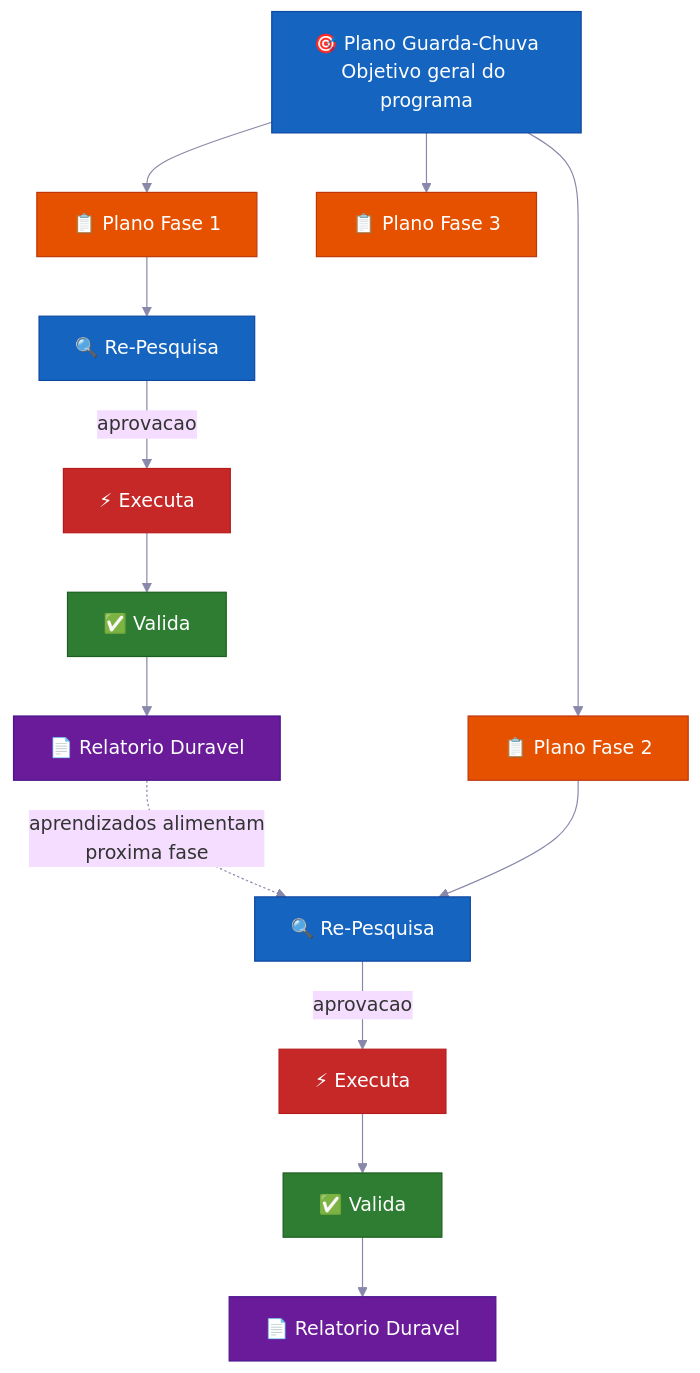
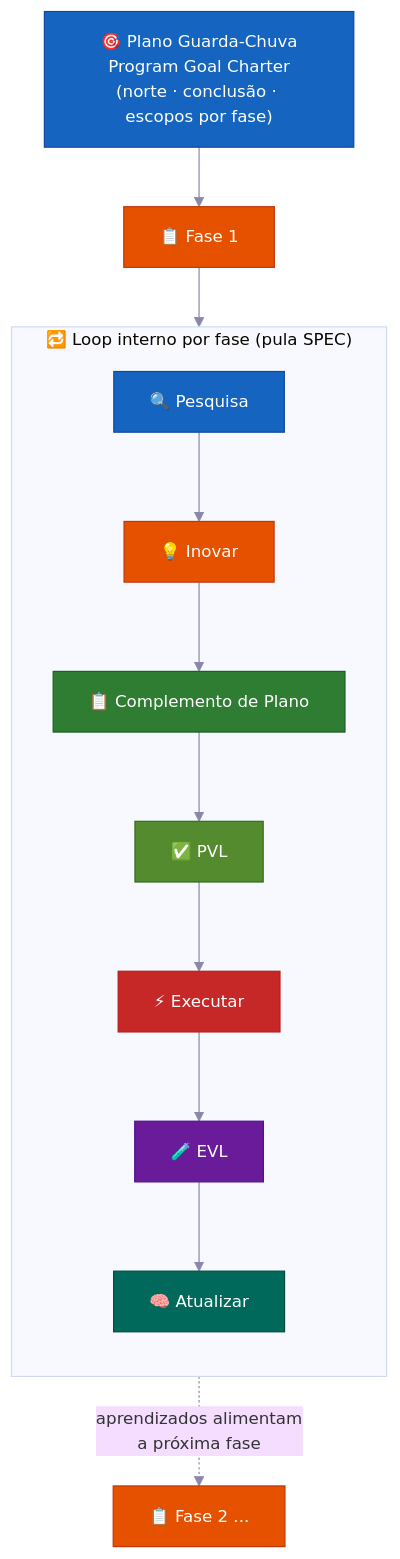
One commit to Erlangga15/vibecode-pro-max-kit changed diagram 12 of 14 in docs/i18n/README.pt-BR.md. Above: the diagram before and after it, drawn with Mermaid. The commit also changed other lines of this file and 43 other files, not shown here.

````diff
--- a/docs/i18n/README.pt-BR.md
+++ b/docs/i18n/README.pt-BR.md
@@ -921,46 +1229,33 @@
 ```mermaid
-%%{init: {'theme': 'base', 'themeVariables': {'fontSize': '16px', 'lineColor': '#8888AA'}} }%%
+%%{init: {'theme': 'base', 'themeVariables': {'fontSize': '14px', 'lineColor': '#8888AA'}} }%%
 flowchart TD
-    UP["🎯 Plano Guarda-Chuva\nObjetivo geral do programa"]
-    P1["📋 Plano Fase 1"]
-    P2["📋 Plano Fase 2"]
-    P3["📋 Plano Fase 3"]
+    UP["🎯 Plano Guarda-Chuva\nProgram Goal Charter\n(norte · conclusão · escopos por fase)"]
+    P1["📋 Fase 1"]
+    P2["📋 Fase 2 ..."]
 
-    R1["🔍 Re-Pesquisa"]
-    E1["⚡ Executa"]
-    V1["✅ Valida"]
-    RP1["📄 Relatorio Duravel"]
+    subgraph LOOP["🔁 Loop interno por fase (pula SPEC)"]
+        direction TB
+        R["🔍 Pesquisa"]
+        I["💡 Inovar"]
+        PL["📋 Complemento de Plano"]
+        PVL["✅ PVL"]
+        EX["⚡ Executar"]
+        EVL["🧪 EVL"]
+        UPD["🧠 Atualizar"]
+        R --> I --> PL --> PVL --> EX --> EVL --> UPD
+    end
 
-    R2["🔍 Re-Pesquisa"]
-    E2["⚡ Executa"]
-    V2["✅ Valida"]
-    RP2["📄 Relatorio Duravel"]
-
-    UP --> P1
-    UP --> P2
-    UP --> P3
-
-    P1 --> R1
-    R1 -->|"aprovacao"| E1
-    E1 --> V1
-    V1 --> RP1
-    RP1 -.->|"aprendizados alimentam\nproxima fase"| R2
-
-    P2 --> R2
-    R2 -->|"aprovacao"| E2
-    E2 --> V2
-    V2 --> RP2
+    UP --> P1 --> LOOP
+    LOOP -.->|"aprendizados alimentam\na próxima fase"| P2
 
     style UP fill:#1565C0,stroke:#0D47A1,color:#FFFFFF
     style P1 fill:#E65100,stroke:#BF360C,color:#FFFFFF
     style P2 fill:#E65100,stroke:#BF360C,color:#FFFFFF
-    style P3 fill:#E65100,stroke:#BF360C,color:#FFFFFF
-    style R1 fill:#1565C0,stroke:#0D47A1,color:#FFFFFF
-    style E1 fill:#C62828,stroke:#B71C1C,color:#FFFFFF
-    style V1 fill:#2E7D32,stroke:#1B5E20,color:#FFFFFF
-    style RP1 fill:#6A1B9A,stroke:#4A148C,color:#FFFFFF
-    style R2 fill:#1565C0,stroke:#0D47A1,color:#FFFFFF
-    style E2 fill:#C62828,stroke:#B71C1C,color:#FFFFFF
-    style V2 fill:#2E7D32,stroke:#1B5E20,color:#FFFFFF
-    style RP2 fill:#6A1B9A,stroke:#4A148C,color:#FFFFFF
+    style R fill:#1565C0,stroke:#0D47A1,color:#FFFFFF
+    style I fill:#E65100,stroke:#BF360C,color:#FFFFFF
+    style PL fill:#2E7D32,stroke:#1B5E20,color:#FFFFFF
+    style PVL fill:#558B2F,stroke:#33691E,color:#FFFFFF
+    style EX fill:#C62828,stroke:#B71C1C,color:#FFFFFF
+    style EVL fill:#6A1B9A,stroke:#4A148C,color:#FFFFFF
+    style UPD fill:#00695C,stroke:#004D40,color:#FFFFFF
 ```
````
